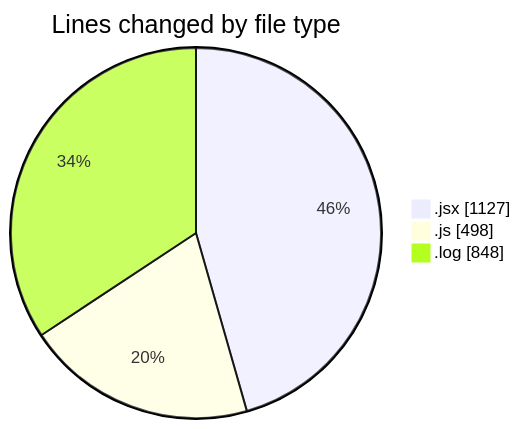
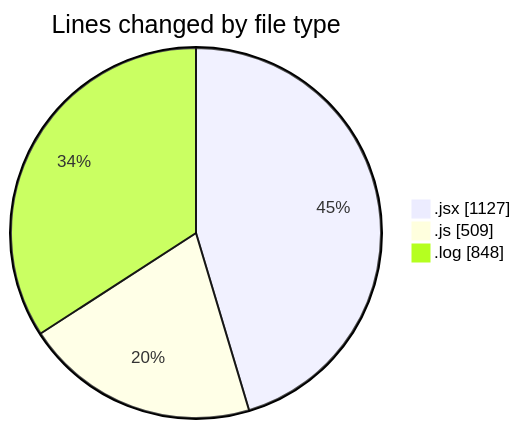
One commit to nxtqubesakshisongat/code-tracking changed the first of 2 diagrams in 2025-12-14/nxtqube_webapp/README.md. Above: the diagram before and after it, drawn with Mermaid. The commit also changed other lines of this file and 1 other file, not shown here.

````diff
--- a/2025-12-14/nxtqube_webapp/README.md
+++ b/2025-12-14/nxtqube_webapp/README.md
@@ -28,7 +29,7 @@
 ```mermaid
 pie showData
 title Lines changed by file type
 ".jsx" : 1127
-".js" : 498
+".js" : 509
 ".log" : 848
 ```
````
